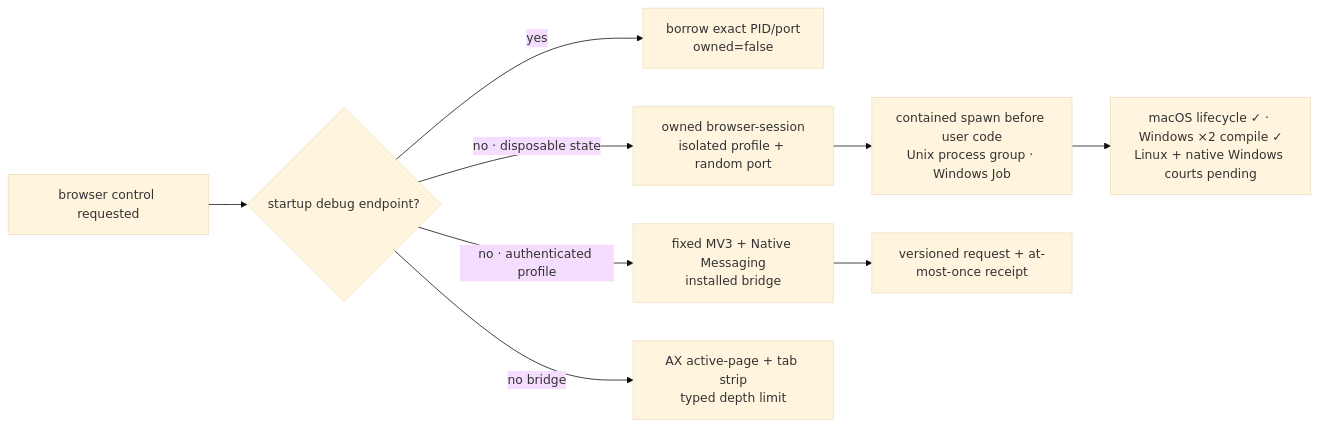
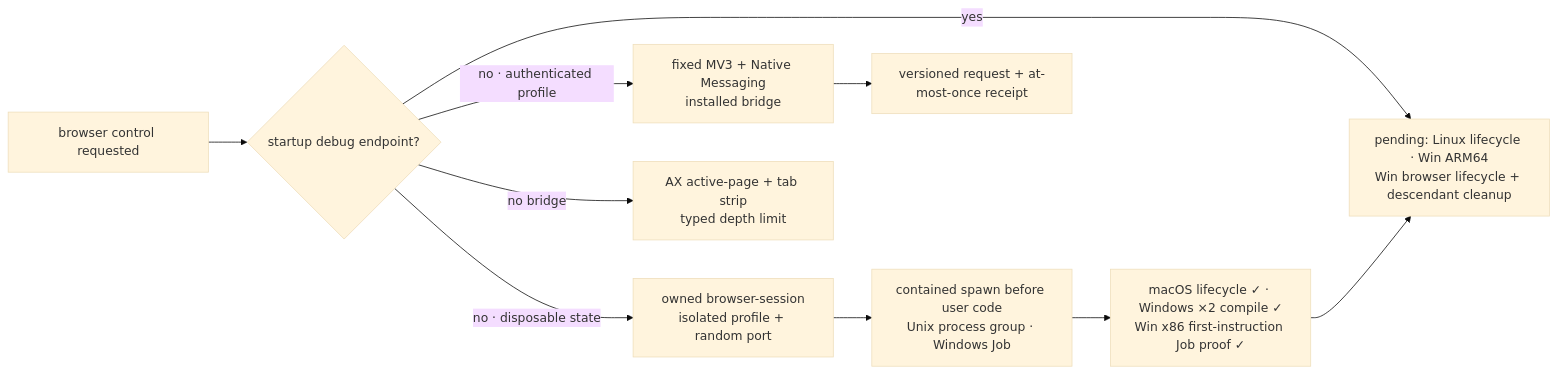
Before and after one commit to partnernetsoftware/agenterm: the first of 4 diagrams in prd/PRD_02_28_agenterm_cu.md, drawn with Mermaid (base theme). The commit also changed other lines of this file and 1 other file, not shown here.

Commit message:
docs(cu): record native contained spawn court

````diff
--- a/prd/PRD_02_28_agenterm_cu.md
+++ b/prd/PRD_02_28_agenterm_cu.md
@@ -283,11 +288,12 @@
 ```mermaid
 flowchart LR
   B["browser control requested"] --> D{"startup debug endpoint?"}
   D -->|yes| P["borrow exact PID/port<br/>owned=false"]
   D -->|no · disposable state| S["owned browser-session<br/>isolated profile + random port"]
   D -->|no · authenticated profile| X["fixed MV3 + Native Messaging<br/>installed bridge"]
   D -->|no bridge| A["AX active-page + tab strip<br/>typed depth limit"]
   S --> C["contained spawn before user code<br/>Unix process group · Windows Job"]
-  C --> E["macOS lifecycle ✓ · Windows ×2 compile ✓<br/>Linux + native Windows courts pending"]
+  C --> E["macOS lifecycle ✓ · Windows ×2 compile ✓<br/>Win x86 first-instruction Job proof ✓"]
+  E --> P["pending: Linux lifecycle · Win ARM64<br/>Win browser lifecycle + descendant cleanup"]
   X --> R["versioned request + at-most-once receipt"]
 ```
````
